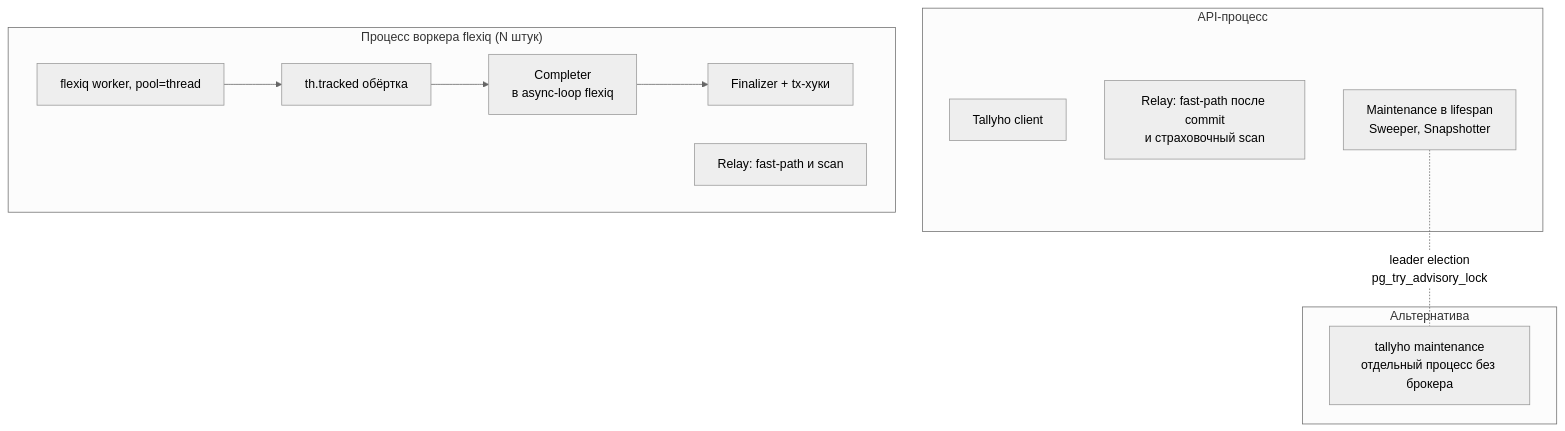
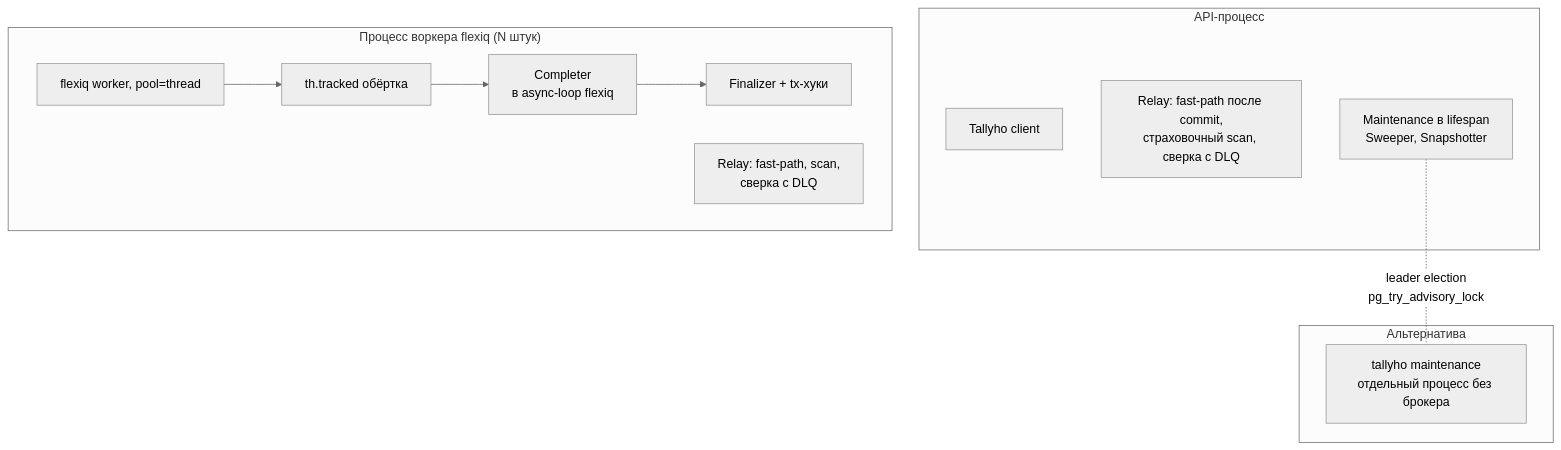
One commit to 0cherednoq/Tallyho changed the second of 40 diagrams in docs/ARCHITECTURE.md. Above: the diagram before and after it, drawn with Mermaid (neutral theme). The commit also changed other lines of this file, not shown here.

First line of the commit message:
Fix-6: описать сверку с DLQ и поколение отправки Item

````diff
--- a/docs/ARCHITECTURE.md
+++ b/docs/ARCHITECTURE.md
@@ -130,20 +130,20 @@
 ```mermaid
 flowchart TB
     subgraph apiproc["API-процесс"]
         A1["Tallyho client"]
-        A2["Relay: fast-path после commit<br/>и страховочный scan"]
+        A2["Relay: fast-path после commit,<br/>страховочный scan, сверка с DLQ"]
         A3["Maintenance в lifespan<br/>Sweeper, Snapshotter"]
     end
     subgraph wproc["Процесс воркера flexiq (N штук)"]
         B1["flexiq worker, pool=thread"]
         B2["th.tracked обёртка"]
         B3["Completer<br/>в async-loop flexiq"]
-        B4["Relay: fast-path и scan"]
+        B4["Relay: fast-path, scan,<br/>сверка с DLQ"]
         B5["Finalizer + tx-хуки"]
     end
     subgraph opt["Альтернатива"]
         C1["tallyho maintenance<br/>отдельный процесс без брокера"]
     end
     B1 --> B2 --> B3 --> B5
     A3 -.-|"leader election<br/>pg_try_advisory_lock"| C1
 ```
````
